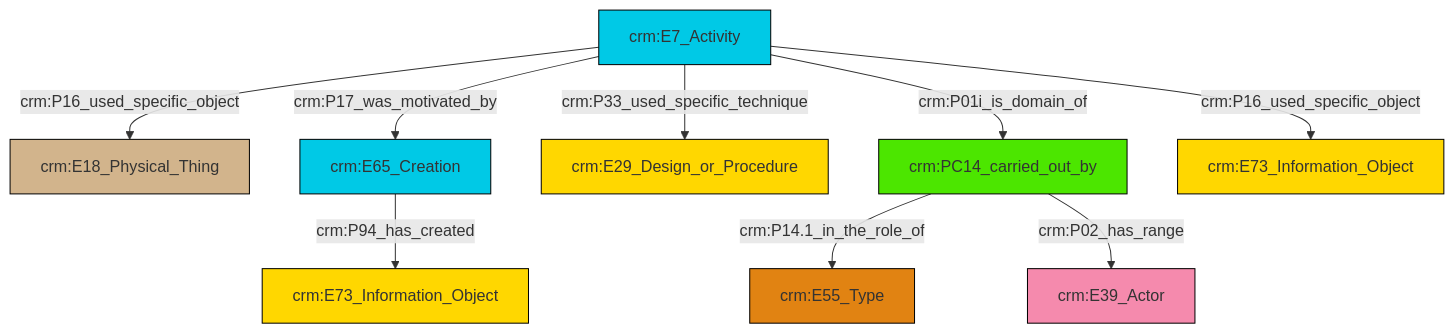
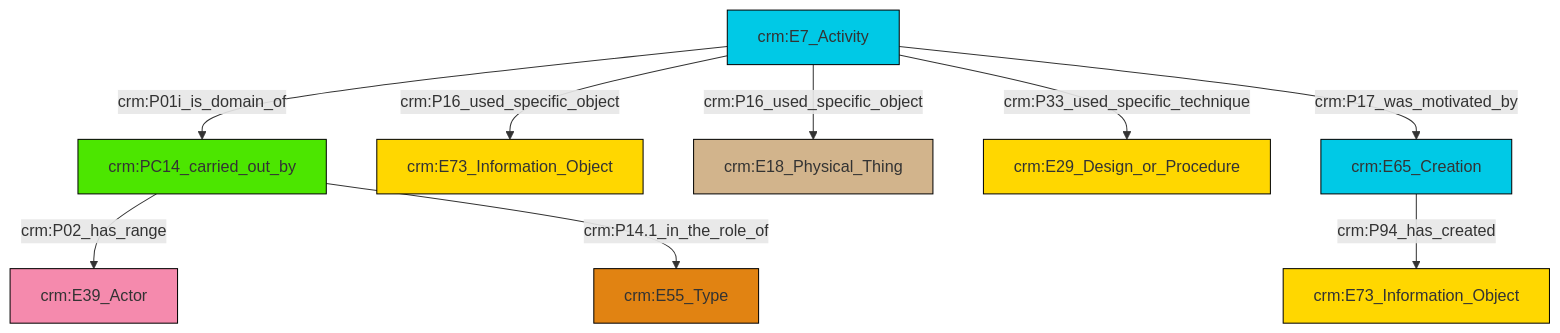
One commit to swiss-art-research-net/reference-data-models changed the diagram in et/eventCSV/ttl/mmd/event_participation.ttl.mmd. Above: the diagram before and after it, drawn with Mermaid. The commit also changed 126 other files, not shown here.

```diff
--- a/et/eventCSV/ttl/mmd/event_participation.ttl.mmd
+++ b/et/eventCSV/ttl/mmd/event_participation.ttl.mmd
@@ -1,23 +1,23 @@
 graph TD
 classDef Literal fill:#f2f2f2,stroke:#000000;
 classDef CRM_Entity fill:#FFFFFF,stroke:#000000;
 classDef Temporal_Entity fill:#00C9E6, stroke:#000000;
 classDef Type fill:#E18312, stroke:#000000;
 classDef Time-Span fill:#2C9C91, stroke:#000000;
 classDef Appellation fill:#FFEB7F, stroke:#000000;
 classDef Place fill:#008836, stroke:#000000;
 classDef Persistent_Item fill:#B266B2, stroke:#000000;
 classDef Conceptual_Object fill:#FFD700, stroke:#000000;
 classDef Physical_Thing fill:#D2B48C, stroke:#000000;
 classDef Actor fill:#f58aad, stroke:#000000;
 classDef PC_Classes fill:#4ce600, stroke:#000000;
 classDef Multi fill:#cccccc,stroke:#000000;
 
-0["crm:E7_Activity"]:::Temporal_Entity -->|crm:P16_used_specific_object| 1["crm:E18_Physical_Thing"]:::Physical_Thing
-0["crm:E7_Activity"]:::Temporal_Entity -->|crm:P17_was_motivated_by| 2["crm:E65_Creation"]:::Temporal_Entity
-0["crm:E7_Activity"]:::Temporal_Entity -->|crm:P16_used_specific_object| 11["crm:E73_Information_Object"]:::Conceptual_Object
-9["crm:PC14_carried_out_by"]:::PC_Classes -->|crm:P14.1_in_the_role_of| 13["crm:E55_Type"]:::Type
-0["crm:E7_Activity"]:::Temporal_Entity -->|crm:P33_used_specific_technique| 5["crm:E29_Design_or_Procedure"]:::Conceptual_Object
-2["crm:E65_Creation"]:::Temporal_Entity -->|crm:P94_has_created| 7["crm:E73_Information_Object"]:::Conceptual_Object
-9["crm:PC14_carried_out_by"]:::PC_Classes -->|crm:P02_has_range| 16["crm:E39_Actor"]:::Actor
-0["crm:E7_Activity"]:::Temporal_Entity -->|crm:P01i_is_domain_of| 9["crm:PC14_carried_out_by"]:::PC_Classes
+0["crm:E65_Creation"]:::Temporal_Entity -->|crm:P94_has_created| 1["crm:E73_Information_Object"]:::Conceptual_Object
+2["crm:E7_Activity"]:::Temporal_Entity -->|crm:P16_used_specific_object| 3["crm:E73_Information_Object"]:::Conceptual_Object
+2["crm:E7_Activity"]:::Temporal_Entity -->|crm:P16_used_specific_object| 5["crm:E18_Physical_Thing"]:::Physical_Thing
+2["crm:E7_Activity"]:::Temporal_Entity -->|crm:P33_used_specific_technique| 9["crm:E29_Design_or_Procedure"]:::Conceptual_Object
+10["crm:PC14_carried_out_by"]:::PC_Classes -->|crm:P02_has_range| 6["crm:E39_Actor"]:::Actor
+2["crm:E7_Activity"]:::Temporal_Entity -->|crm:P01i_is_domain_of| 10["crm:PC14_carried_out_by"]:::PC_Classes
+10["crm:PC14_carried_out_by"]:::PC_Classes -->|crm:P14.1_in_the_role_of| 11["crm:E55_Type"]:::Type
+2["crm:E7_Activity"]:::Temporal_Entity -->|crm:P17_was_motivated_by| 0["crm:E65_Creation"]:::Temporal_Entity
```
